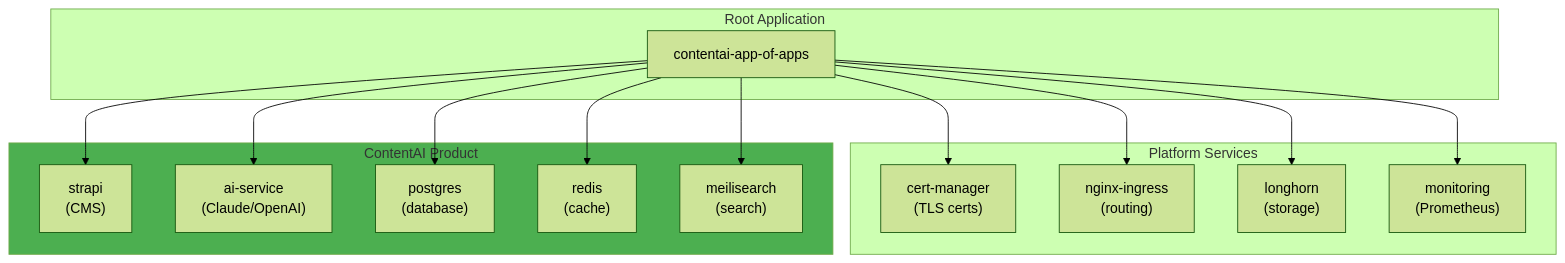
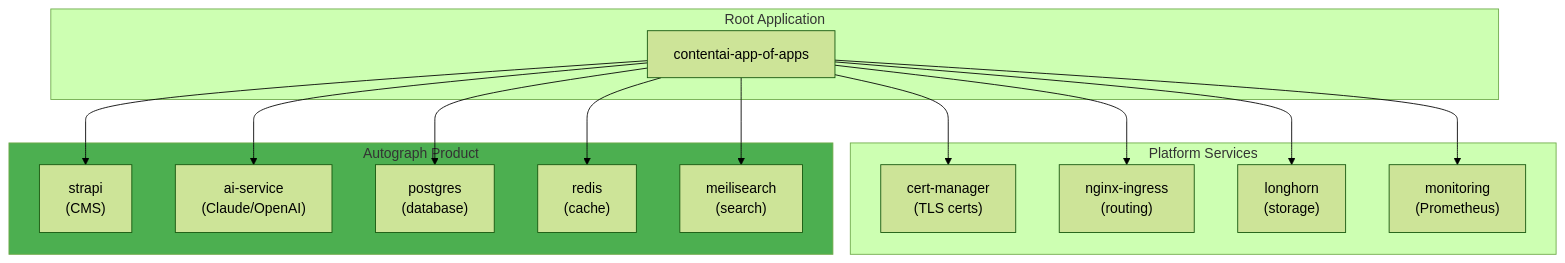
The sixth of 10 diagrams in DevOps/02-Engineering/05-GitOps.md (PearlThoughtsInternship/Internship-Obsidian-Vault), drawn with Mermaid (forest theme) before and after one commit. The commit also changed other lines of this file and 4 other files, not shown here.

First line of the commit message:
rebrand: ContentAI → Autograph in Engineering & Platform docs

````diff
--- a/DevOps/02-Engineering/05-GitOps.md
+++ b/DevOps/02-Engineering/05-GitOps.md
@@ -232,33 +232,33 @@
 ```mermaid
 flowchart TB
     subgraph Root["Root Application"]
         AOA["contentai-app-of-apps"]
     end
 
     subgraph Platform["Platform Services"]
         CERT["cert-manager\n(TLS certs)"]
         ING["nginx-ingress\n(routing)"]
         LH["longhorn\n(storage)"]
         MON["monitoring\n(Prometheus)"]
     end
 
-    subgraph ContentAI["ContentAI Product"]
+    subgraph Autograph["Autograph Product"]
         STRAPI["strapi\n(CMS)"]
         AI["ai-service\n(Claude/OpenAI)"]
         PG["postgres\n(database)"]
         REDIS["redis\n(cache)"]
         MEILI["meilisearch\n(search)"]
     end
 
     AOA --> CERT
     AOA --> ING
     AOA --> LH
     AOA --> MON
     AOA --> STRAPI
     AOA --> AI
     AOA --> PG
     AOA --> REDIS
     AOA --> MEILI
 
-    style ContentAI fill:#4CAF50
+    style Autograph fill:#4CAF50
 ```
````
